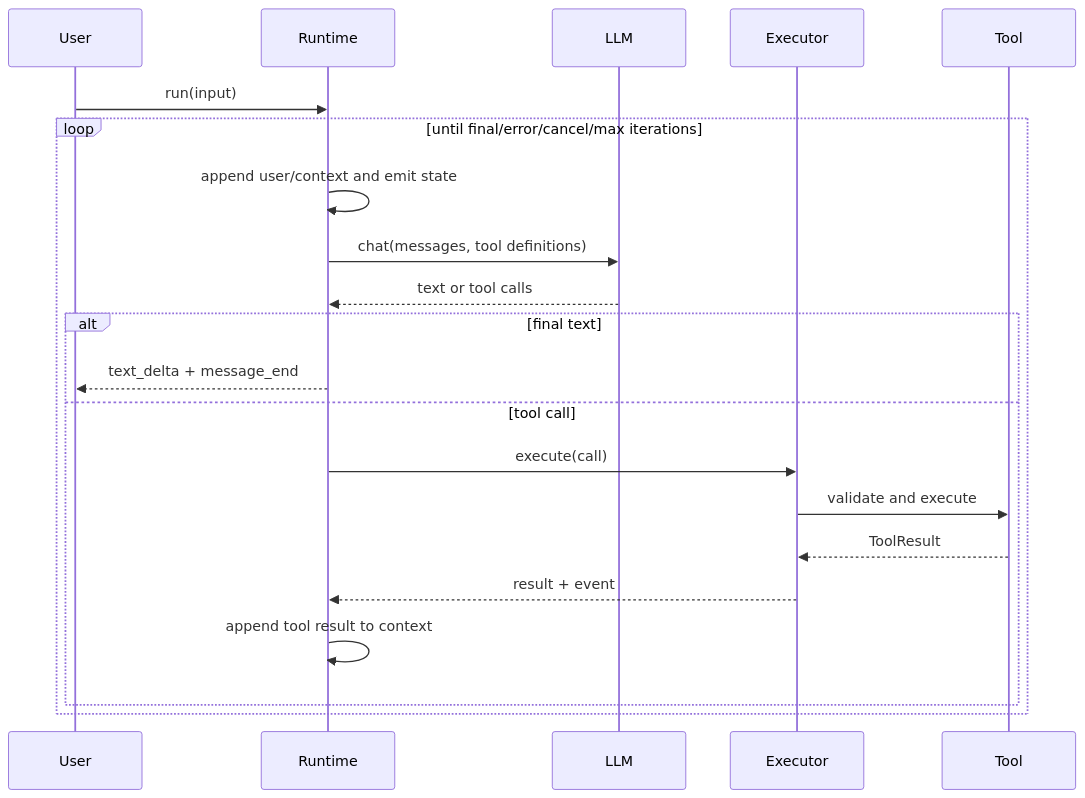
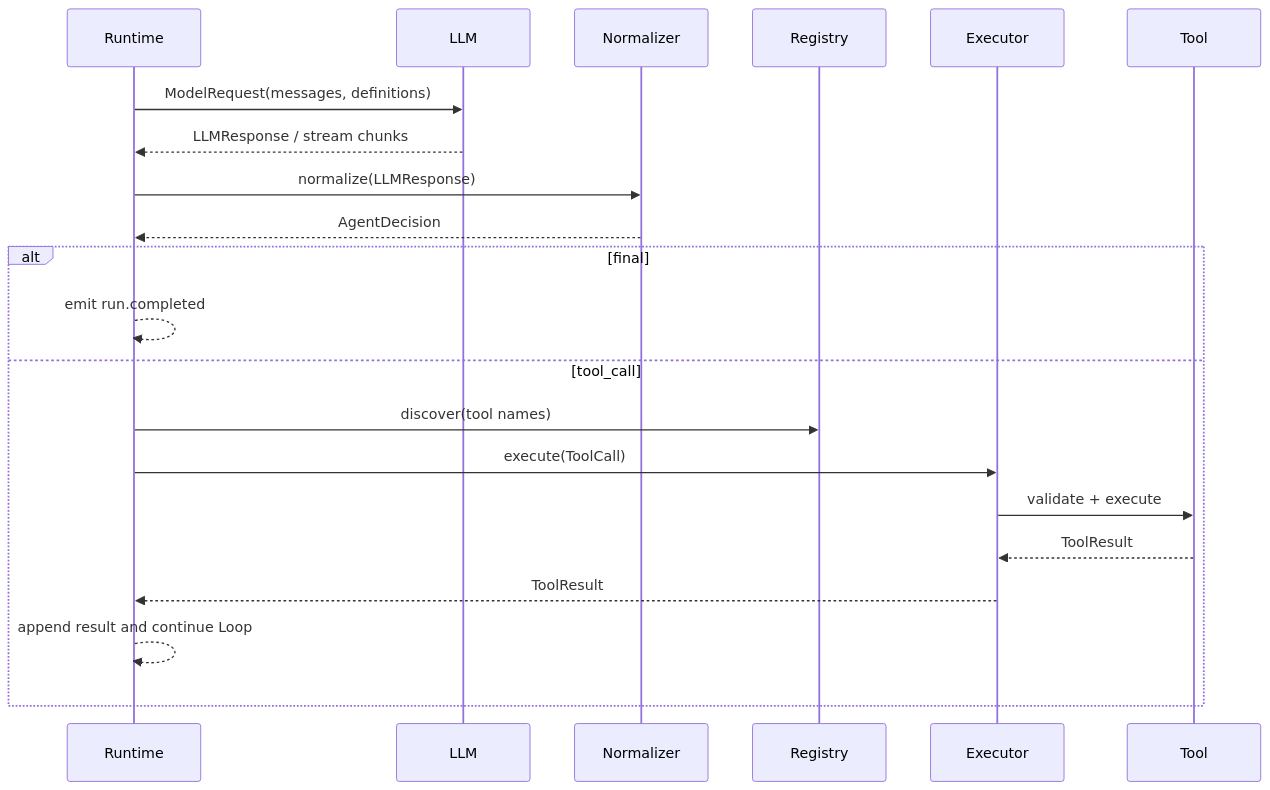
Before and after one commit to haodandan418-design/mini-agent: the third of 3 diagrams in docs/architecture.md, drawn with Mermaid. The commit also changed other lines of this file and 48 other files, not shown here.

````diff
--- a/docs/architecture.md
+++ b/docs/architecture.md
@@ -73,23 +206,23 @@
 ```mermaid
 sequenceDiagram
-    participant User
     participant Runtime
     participant LLM
+    participant Normalizer
+    participant Registry
     participant Executor
     participant Tool
-    User->>Runtime: run(input)
-    loop until final/error/cancel/max iterations
-        Runtime->>Runtime: append user/context and emit state
-        Runtime->>LLM: chat(messages, tool definitions)
-        LLM-->>Runtime: text or tool calls
-        alt final text
-            Runtime-->>User: text_delta + message_end
-        else tool call
-            Runtime->>Executor: execute(call)
-            Executor->>Tool: validate and execute
-            Tool-->>Executor: ToolResult
-            Executor-->>Runtime: result + event
-            Runtime->>Runtime: append tool result to context
-        end
+    Runtime->>LLM: ModelRequest(messages, definitions)
+    LLM-->>Runtime: LLMResponse / stream chunks
+    Runtime->>Normalizer: normalize(LLMResponse)
+    Normalizer-->>Runtime: AgentDecision
+    alt final
+        Runtime-->>Runtime: emit run.completed
+    else tool_call
+        Runtime->>Registry: discover(tool names)
+        Runtime->>Executor: execute(ToolCall)
+        Executor->>Tool: validate + execute
+        Tool-->>Executor: ToolResult
+        Executor-->>Runtime: ToolResult
+        Runtime-->>Runtime: append result and continue Loop
     end
 ```
````
